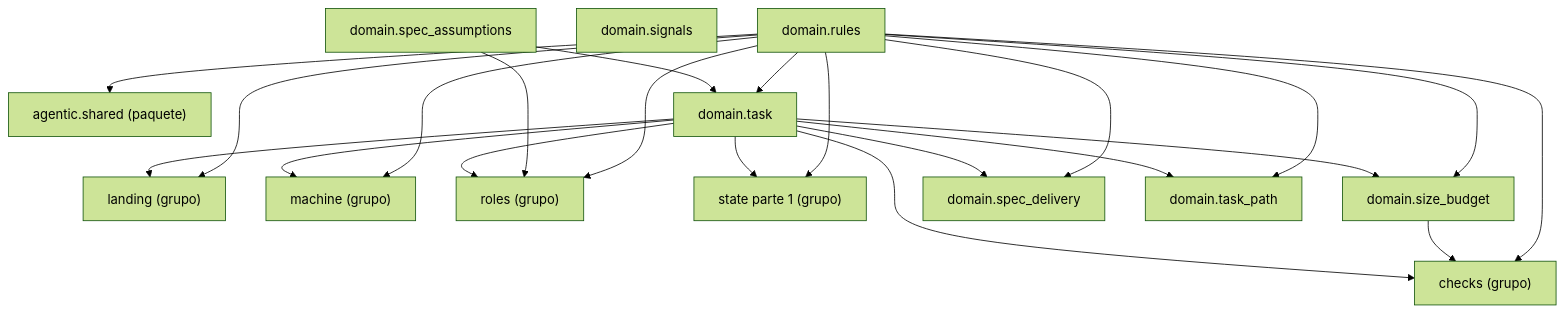
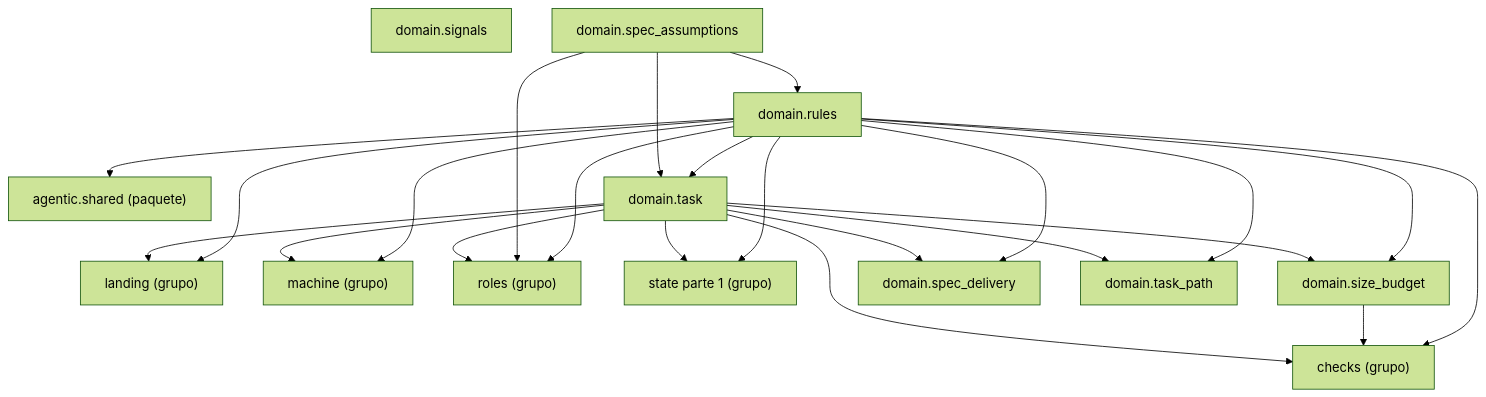
Before and after one commit to GonzaloZevallos/agentic-system: the diagram in docs/architecture/generated/packages-process-domain-state-2.md, drawn with Mermaid (forest theme). The commit also changed 12 other files, not shown here.

````diff
--- a/docs/architecture/generated/packages-process-domain-state-2.md
+++ b/docs/architecture/generated/packages-process-domain-state-2.md
@@ -12,37 +12,38 @@
 ```mermaid
 graph TD
     g_domain__checks["checks (grupo)"]
     g_domain__landing["landing (grupo)"]
     g_domain__machine["machine (grupo)"]
     g_domain__roles["roles (grupo)"]
     g_domain__state__1["state parte 1 (grupo)"]
     g_pkg__agentic__shared["agentic.shared (paquete)"]
     m_domain__rules["domain.rules"]
     m_domain__signals["domain.signals"]
     m_domain__size_budget["domain.size_budget"]
     m_domain__spec_assumptions["domain.spec_assumptions"]
     m_domain__spec_delivery["domain.spec_delivery"]
     m_domain__task["domain.task"]
     m_domain__task_path["domain.task_path"]
     m_domain__rules --> g_domain__checks
     m_domain__rules --> g_domain__landing
     m_domain__rules --> g_domain__machine
     m_domain__rules --> g_domain__roles
     m_domain__rules --> g_domain__state__1
     m_domain__rules --> g_pkg__agentic__shared
     m_domain__rules --> m_domain__size_budget
     m_domain__rules --> m_domain__spec_delivery
     m_domain__rules --> m_domain__task
     m_domain__rules --> m_domain__task_path
     m_domain__size_budget --> g_domain__checks
     m_domain__spec_assumptions --> g_domain__roles
+    m_domain__spec_assumptions --> m_domain__rules
     m_domain__spec_assumptions --> m_domain__task
     m_domain__task --> g_domain__checks
     m_domain__task --> g_domain__landing
     m_domain__task --> g_domain__machine
     m_domain__task --> g_domain__roles
     m_domain__task --> g_domain__state__1
     m_domain__task --> m_domain__size_budget
     m_domain__task --> m_domain__spec_delivery
     m_domain__task --> m_domain__task_path
 ```
````
